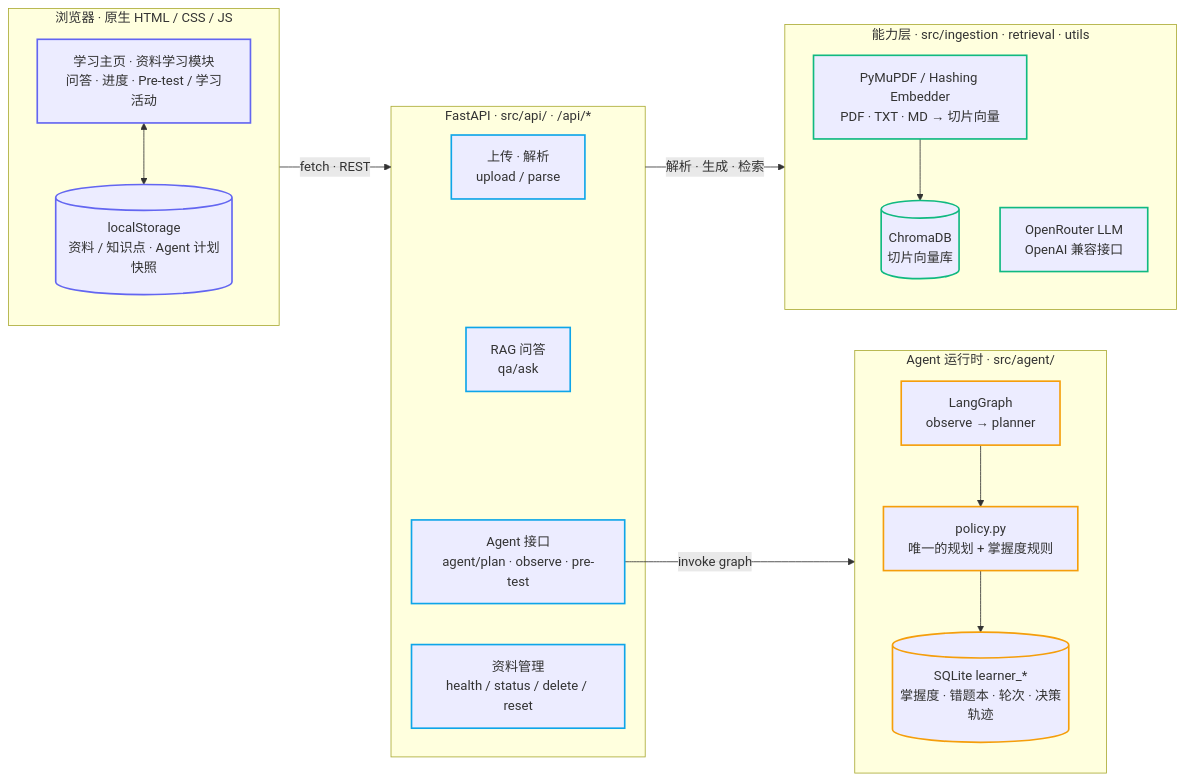
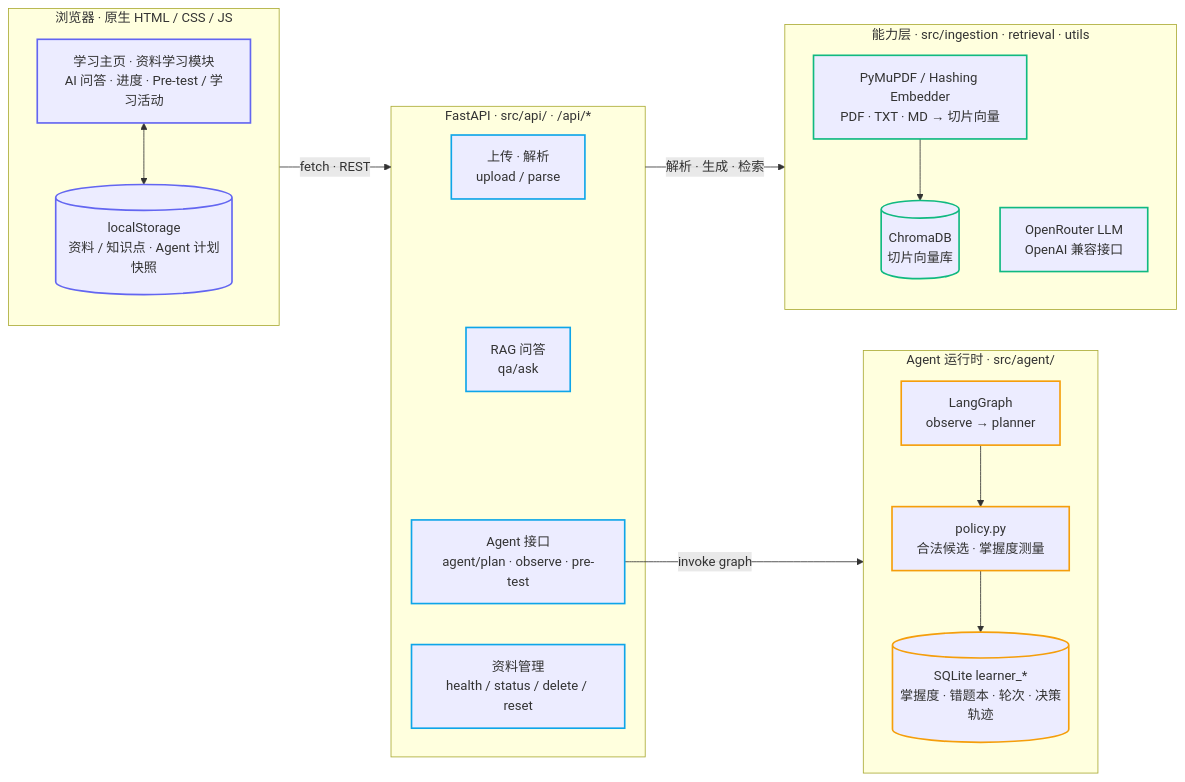
One commit to ZENGHongzhiJimmy/Adaptive-Study-Assistant-Agent_AI-Concepts-Project changed the diagram in README.md. Above: the diagram before and after it, drawn with Mermaid. The commit also changed other lines of this file and 11 other files, not shown here.

````diff
--- a/README.md
+++ b/README.md
@@ -90,42 +90,42 @@
 ```mermaid
 flowchart LR
     subgraph FE["浏览器 · 原生 HTML / CSS / JS"]
-        PAGES["学习主页 · 资料学习模块<br/>问答 · 进度 · Pre-test / 学习活动"]
+        PAGES["学习主页 · 资料学习模块<br/>AI 问答 · 进度 · Pre-test / 学习活动"]
         STATE[("localStorage<br/>资料 / 知识点 · Agent 计划快照")]
         PAGES <--> STATE
     end
 
     subgraph AGENT["Agent 运行时 · src/agent/"]
         GRAPH["LangGraph<br/>observe → planner"]
-        POLICY["policy.py<br/>唯一的规划 + 掌握度规则"]
+        POLICY["policy.py<br/>合法候选 · 掌握度测量"]
         LEARN[("SQLite learner_*<br/>掌握度 · 错题本 · 轮次 · 决策轨迹")]
         GRAPH --> POLICY --> LEARN
     end
 
     subgraph API["FastAPI · src/api/ · /api/*"]
         UP["上传 · 解析<br/>upload / parse"]
         QA["RAG 问答<br/>qa/ask"]
         AG["Agent 接口<br/>agent/plan · observe · pre-test"]
         MG["资料管理<br/>health / status / delete / reset"]
     end
 
     subgraph CAP["能力层 · src/ingestion · retrieval · utils"]
         DOC["PyMuPDF / Hashing Embedder<br/>PDF · TXT · MD → 切片向量"]
         VEC[("ChromaDB<br/>切片向量库")]
         LLM["OpenRouter LLM<br/>OpenAI 兼容接口"]
         DOC --> VEC
     end
 
     FE -->|"fetch · REST"| API
     API -->|"解析 · 生成 · 检索"| CAP
     AG -->|"invoke graph"| AGENT
 
     classDef fe stroke:#6366f1,stroke-width:2px
     classDef api stroke:#0ea5e9,stroke-width:2px
     classDef cap stroke:#10b981,stroke-width:2px
     classDef ag stroke:#f59e0b,stroke-width:2px
     class PAGES,STATE fe
     class UP,QA,AG,MG api
     class DOC,VEC,LLM cap
     class GRAPH,POLICY,LEARN ag
 ```
````
